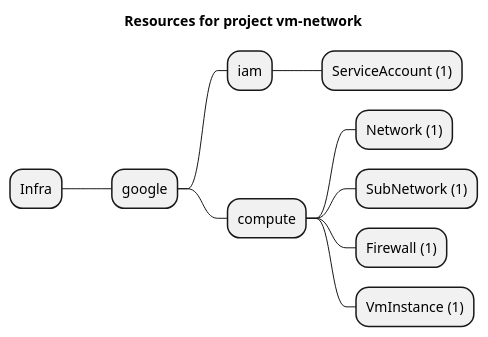
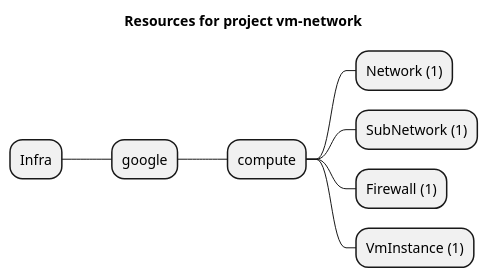
One commit to grucloud/grucloud changed the diagram in examples/google/vm-network/artifacts/resources-mindmap.puml. Above: the diagram before and after it, drawn with PlantUML. The commit also changed 229 other files, not shown here.

```diff
--- a/examples/google/vm-network/artifacts/resources-mindmap.puml
+++ b/examples/google/vm-network/artifacts/resources-mindmap.puml
@@ -1,13 +1,11 @@
 @startmindmap
 title Resources for project vm-network
 skinparam monochrome true
 + Infra
 ++ google
-+++ iam
-++++ ServiceAccount (1)
 +++ compute
 ++++ Network (1)
 ++++ SubNetwork (1)
 ++++ Firewall (1)
 ++++ VmInstance (1)
 @endmindmap
```
